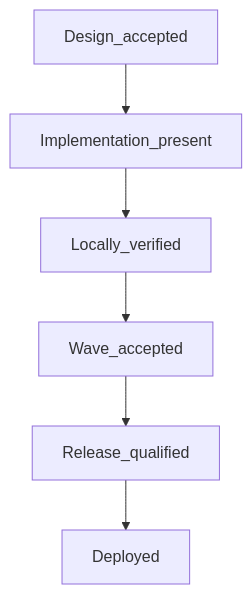
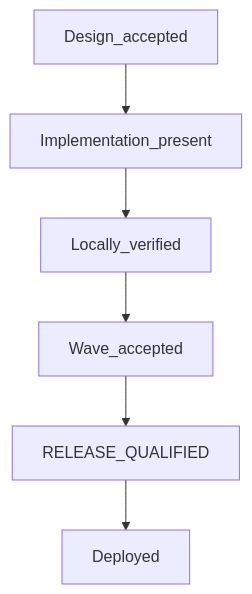
Before and after one commit to XharvaK/project-ashley: the diagram in docs/Wave_Acceptance_Protocol.md, drawn with Mermaid. The commit also changed other lines of this file and 42 other files, not shown here.

Commit message:
docs(architecture): harden canonical roadmap

````diff
--- a/docs/Wave_Acceptance_Protocol.md
+++ b/docs/Wave_Acceptance_Protocol.md
@@ -17,14 +17,14 @@
 ```mermaid
 flowchart TD
   designAccepted[Design_accepted]
   implPresent[Implementation_present]
   locallyVerified[Locally_verified]
   waveAccepted[Wave_accepted]
-  releaseQualified[Release_qualified]
+  releaseQualified[RELEASE_QUALIFIED]
   deployed[Deployed]
   designAccepted --> implPresent
   implPresent --> locallyVerified
   locallyVerified --> waveAccepted
   waveAccepted --> releaseQualified
   releaseQualified --> deployed
 ```
````
